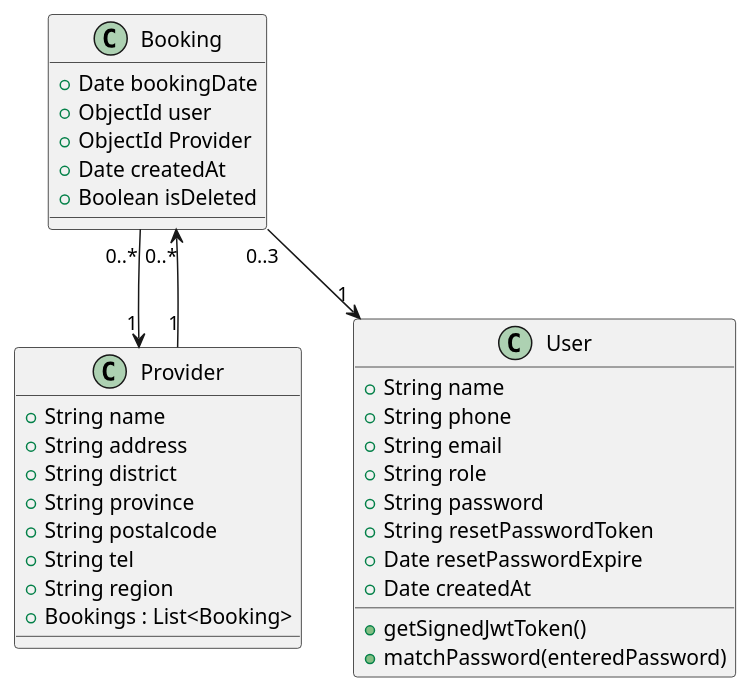
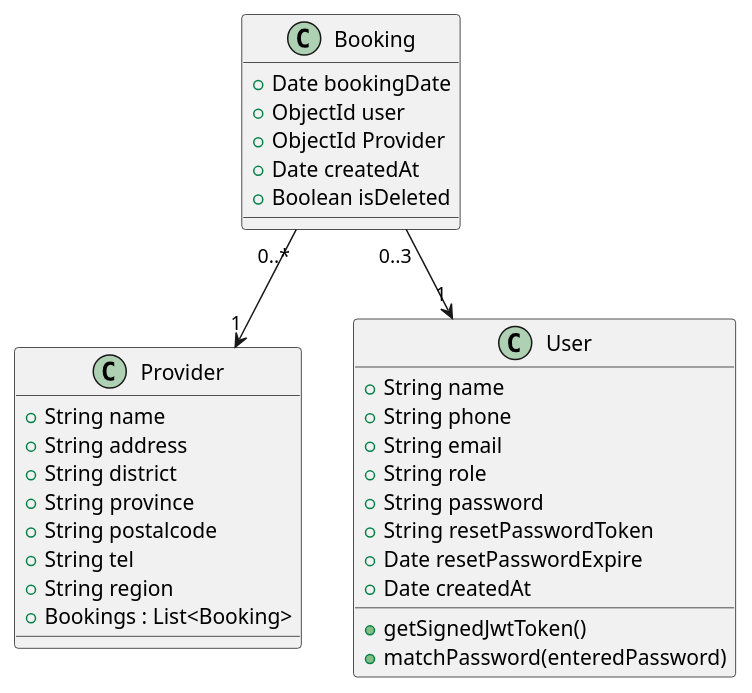
The diagram in utils/diagrams/class/classDiagram.puml (petchluvsyou/devpracproject), drawn with PlantUML before and after one commit. The commit also changed 1 other file, not shown here.

Commit message:
fix: class diagram

```diff
--- a/utils/diagrams/class/classDiagram.puml
+++ b/utils/diagrams/class/classDiagram.puml
@@ -1,41 +1,40 @@
 @startuml classDiagram
 
 ' --- Classes ---
 class Booking {
   +Date bookingDate
   +ObjectId user
   +ObjectId Provider
   +Date createdAt
   +Boolean isDeleted
 }
 
 class Provider {
   +String name
   +String address
   +String district
   +String province
   +String postalcode
   +String tel
   +String region
   +Bookings : List<Booking>
 }
 
 class User {
   +String name
   +String phone
   +String email
   +String role
   +String password
   +String resetPasswordToken
   +Date resetPasswordExpire
   +Date createdAt
   +getSignedJwtToken()
   +matchPassword(enteredPassword)
 }
 
 ' --- Relationships ---
 Booking "0..*" --> "1" Provider
 Booking "0..3" --> "1" User
-Provider "1" --> "0..*" Booking
 
 @enduml
```
